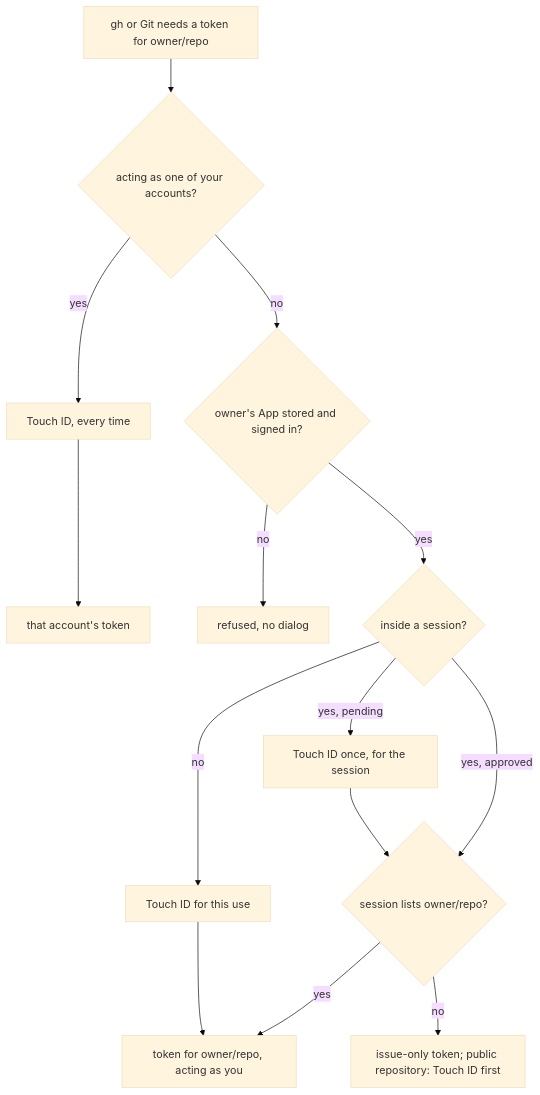
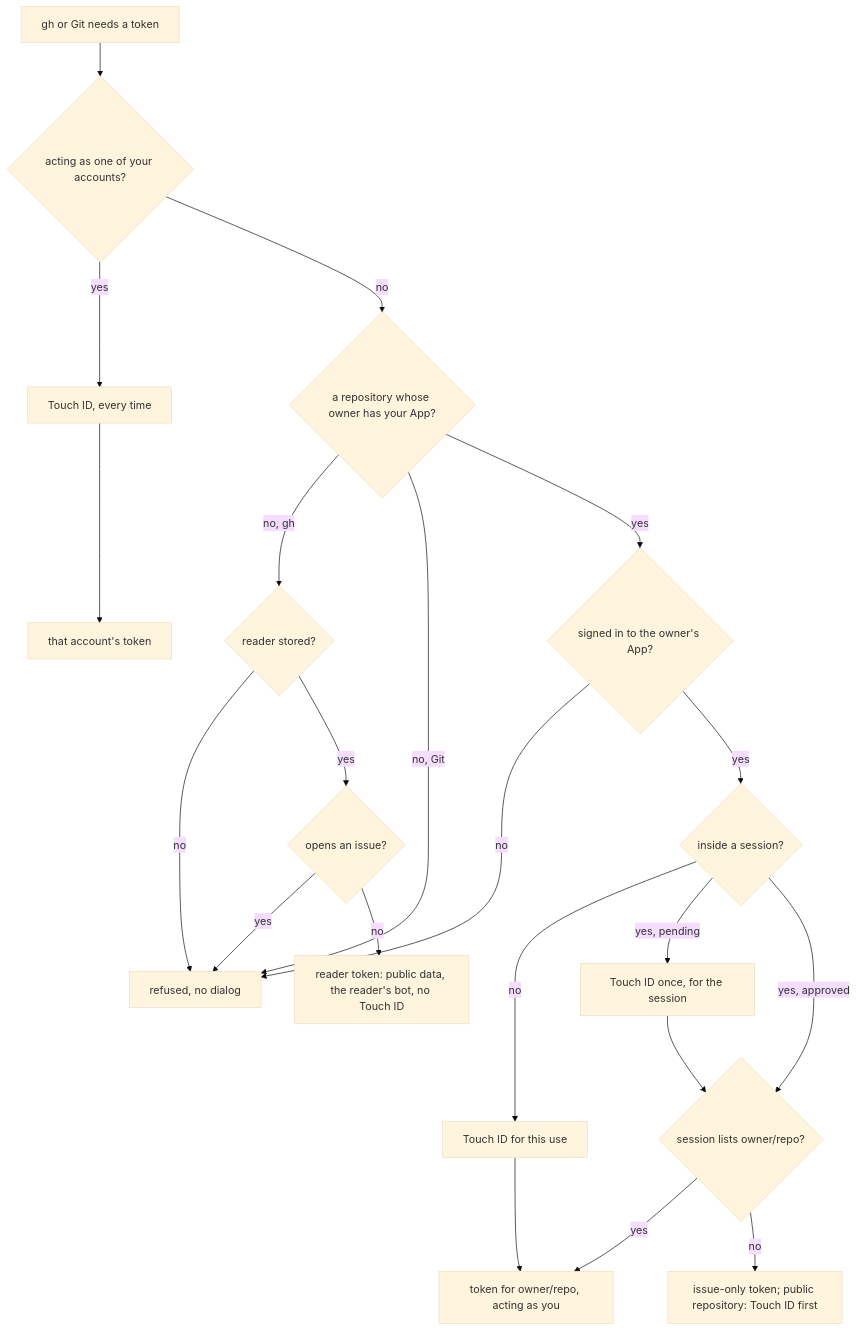
Before and after one commit to georgelubaretsi/gh-touchid: the diagram in README.md, drawn with Mermaid (base theme). The commit also changed other lines of this file and 71 other files, not shown here.

````diff
--- a/README.md
+++ b/README.md
@@ -313,13 +380,20 @@
 ```mermaid
 flowchart TD
-    use["gh or Git needs a token for owner/repo"] --> acting{"acting as one of your accounts?"}
+    use["gh or Git needs a token"] --> acting{"acting as one of your accounts?"}
     acting -- yes --> touchAs["Touch ID, every time"] --> accountToken["that account's token"]
-    acting -- no --> app{"owner's App stored and signed in?"}
-    app -- no --> refused["refused, no dialog"]
+    acting -- no --> owned{"a repository whose owner has your App?"}
+    owned -- "no, gh" --> reader{"reader stored?"}
+    reader -- no --> refused["refused, no dialog"]
+    reader -- yes --> opens{"opens an issue?"}
+    opens -- yes --> refused
+    opens -- no --> readerToken["reader token: public data, the reader's bot, no Touch ID"]
+    owned -- "no, Git" --> refused
+    owned -- yes --> app{"signed in to the owner's App?"}
+    app -- no --> refused
     app -- yes --> session{"inside a session?"}
     session -- no --> touchOnce["Touch ID for this use"] --> repoToken["token for owner/repo, acting as you"]
     session -- "yes, pending" --> touchSession["Touch ID once, for the session"] --> lists
     session -- "yes, approved" --> lists{"session lists owner/repo?"}
     lists -- yes --> repoToken
     lists -- no --> issueToken["issue-only token; public repository: Touch ID first"]
 ```
````
